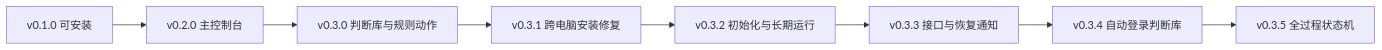
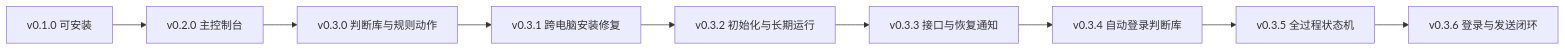
One commit to JahanHe/wechat-autoreply changed the sixth of 9 diagrams in docs/project-journey.md. Above: the diagram before and after it, drawn with Mermaid. The commit also changed other lines of this file and 17 other files, not shown here.

````diff
--- a/docs/project-journey.md
+++ b/docs/project-journey.md
@@ -290,10 +290,11 @@
 ```mermaid
 flowchart LR
   V1["v0.1.0 可安装"] --> V2["v0.2.0 主控制台"]
   V2 --> V30["v0.3.0 判断库与规则动作"]
   V30 --> V31["v0.3.1 跨电脑安装修复"]
   V31 --> V32["v0.3.2 初始化与长期运行"]
   V32 --> V33["v0.3.3 接口与恢复通知"]
   V33 --> V34["v0.3.4 自动登录判断库"]
   V34 --> V35["v0.3.5 全过程状态机"]
+  V35 --> V36["v0.3.6 登录与发送闭环"]
 ```
````
